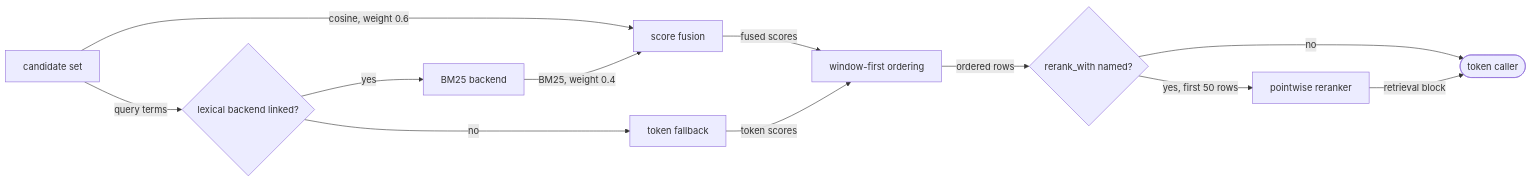
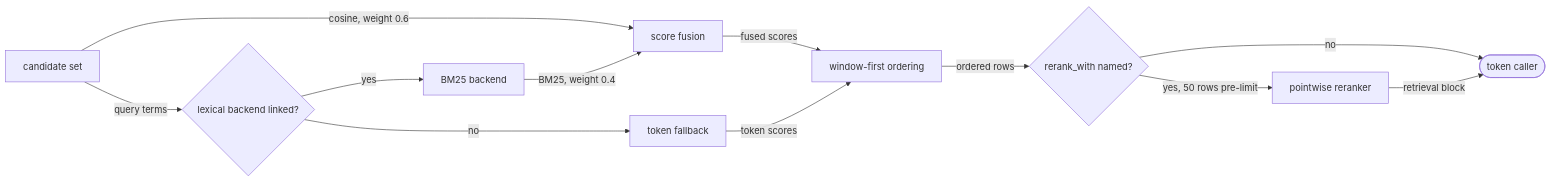
Before and after one commit to fractalboxdev/contextful: the fourth of 5 diagrams in spec/20-read.md, drawn with Mermaid. The commit also changed other lines of this file and 5 other files, not shown here.

````diff
--- a/spec/20-read.md
+++ b/spec/20-read.md
@@ -398,14 +400,14 @@
 ```mermaid
 flowchart LR
   C["candidate set"] -->|"cosine, weight 0.6"| FU["score fusion"]
   C -->|"query terms"| L{"lexical backend linked?"}
   L -->|"yes"| B["BM25 backend"]
   L -->|"no"| TF["token fallback"]
   B -->|"BM25, weight 0.4"| FU
   FU -->|"fused scores"| ORD["window-first ordering"]
   TF -->|"token scores"| ORD
   ORD -->|"ordered rows"| RR{"rerank_with named?"}
   RR -->|"no"| OUT(["token caller"])
-  RR -->|"yes, first 50 rows"| RER["pointwise reranker"]
+  RR -->|"yes, 50 rows pre-limit"| RER["pointwise reranker"]
   RER -->|"retrieval block"| OUT
 ```
````
